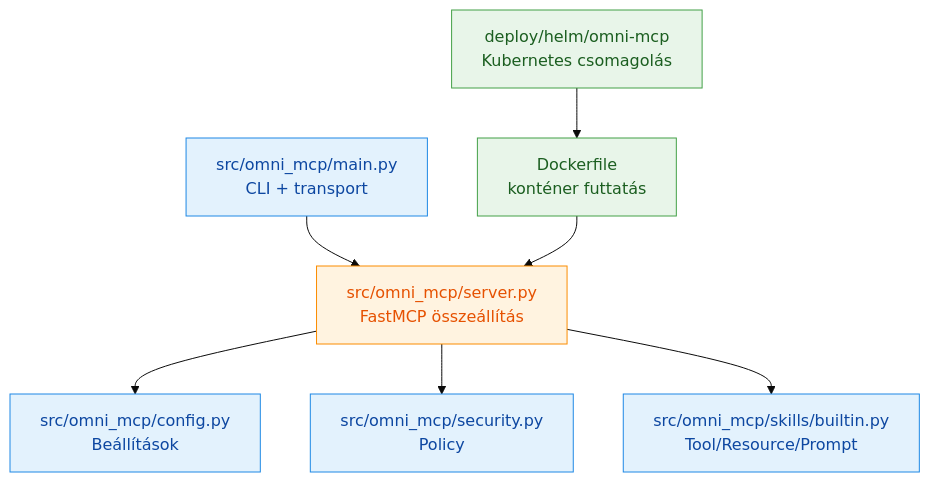
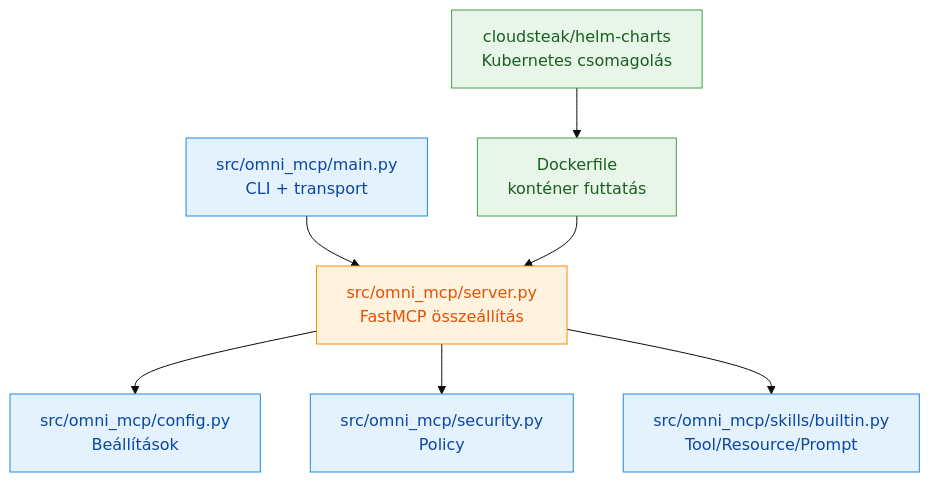
One commit to cloudsteak/omni-mcp changed the second of 3 diagrams in docs/ARCHITECTURE.hu.md. Above: the diagram before and after it, drawn with Mermaid. The commit also changed other lines of this file and 24 other files, not shown here.

````diff
--- a/docs/ARCHITECTURE.hu.md
+++ b/docs/ARCHITECTURE.hu.md
@@ -49,19 +52,19 @@
 ```mermaid
 %%{init: {"theme": "base"}}%%
 graph TD
     A["src/omni_mcp/main.py<br/>CLI + transport"] --> B["src/omni_mcp/server.py<br/>FastMCP összeállítás"]
     B --> C["src/omni_mcp/config.py<br/>Beállítások"]
     B --> D["src/omni_mcp/security.py<br/>Policy"]
     B --> E["src/omni_mcp/skills/builtin.py<br/>Tool/Resource/Prompt"]
 
     F["Dockerfile<br/>konténer futtatás"] --> B
-    G["deploy/helm/omni-mcp<br/>Kubernetes csomagolás"] --> F
+    G["cloudsteak/helm-charts<br/>Kubernetes csomagolás"] --> F
 
     classDef app fill:#E3F2FD,stroke:#1E88E5,color:#0D47A1,stroke-width:1px;
     classDef core fill:#FFF3E0,stroke:#FB8C00,color:#E65100,stroke-width:1px;
     classDef deploy fill:#E8F5E9,stroke:#43A047,color:#1B5E20,stroke-width:1px;
 
     class A,C,D,E app;
     class B core;
     class F,G deploy;
 ```
````
